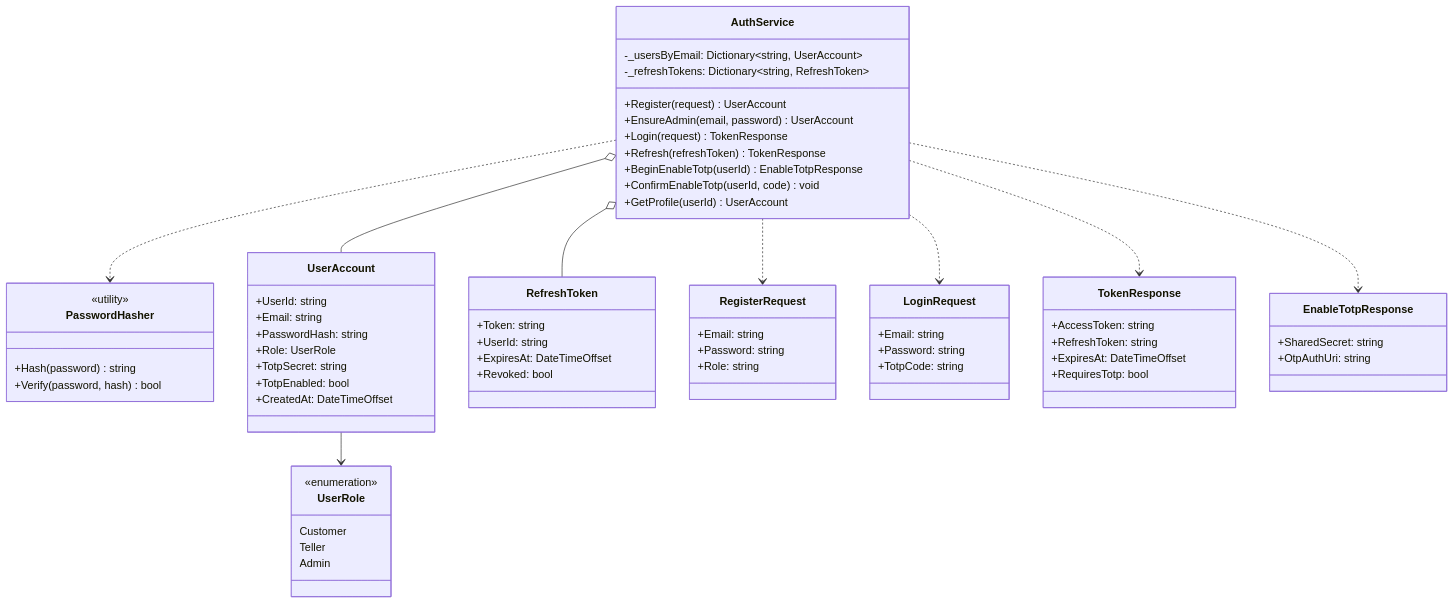
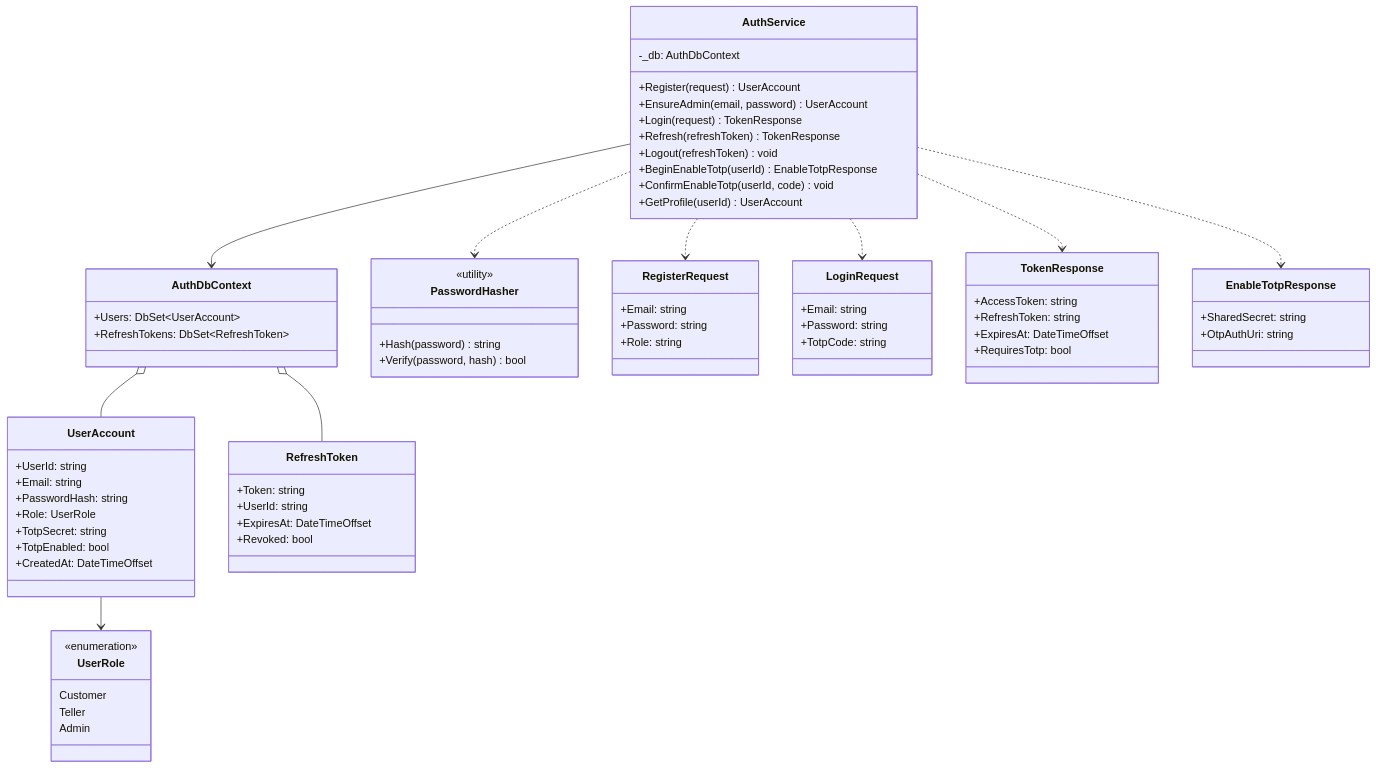
One commit to Dedmoo/banking-auth-service changed the third of 3 diagrams in README.md. Above: the diagram before and after it, drawn with Mermaid. The commit also changed other lines of this file and 18 other files, not shown here.

````diff
--- a/README.md
+++ b/README.md
@@ -56,69 +66,74 @@
 ```mermaid
 classDiagram
     direction TB
     class AuthService {
-        -_usersByEmail: Dictionary~string, UserAccount~
-        -_refreshTokens: Dictionary~string, RefreshToken~
+        -_db: AuthDbContext
         +Register(request) UserAccount
         +EnsureAdmin(email, password) UserAccount
         +Login(request) TokenResponse
         +Refresh(refreshToken) TokenResponse
+        +Logout(refreshToken) void
         +BeginEnableTotp(userId) EnableTotpResponse
         +ConfirmEnableTotp(userId, code) void
         +GetProfile(userId) UserAccount
+    }
+    class AuthDbContext {
+        +Users: DbSet~UserAccount~
+        +RefreshTokens: DbSet~RefreshToken~
     }
     class PasswordHasher {
         <<utility>>
         +Hash(password) string
         +Verify(password, hash) bool
     }
     class UserAccount {
         +UserId: string
         +Email: string
         +PasswordHash: string
         +Role: UserRole
         +TotpSecret: string
         +TotpEnabled: bool
         +CreatedAt: DateTimeOffset
     }
     class RefreshToken {
         +Token: string
         +UserId: string
         +ExpiresAt: DateTimeOffset
         +Revoked: bool
     }
     class UserRole {
         <<enumeration>>
         Customer
         Teller
         Admin
     }
     class RegisterRequest {
         +Email: string
         +Password: string
         +Role: string
     }
     class LoginRequest {
         +Email: string
         +Password: string
         +TotpCode: string
     }
     class TokenResponse {
         +AccessToken: string
         +RefreshToken: string
         +ExpiresAt: DateTimeOffset
         +RequiresTotp: bool
     }
     class EnableTotpResponse {
         +SharedSecret: string
         +OtpAuthUri: string
     }
-    AuthService o-- UserAccount
-    AuthService o-- RefreshToken
+    AuthService --> AuthDbContext
+    AuthDbContext o-- UserAccount
+    AuthDbContext o-- RefreshToken
     AuthService ..> PasswordHasher
     UserAccount --> UserRole
     AuthService ..> RegisterRequest
     AuthService ..> LoginRequest
     AuthService ..> TokenResponse
     AuthService ..> EnableTotpResponse
 ```
````
